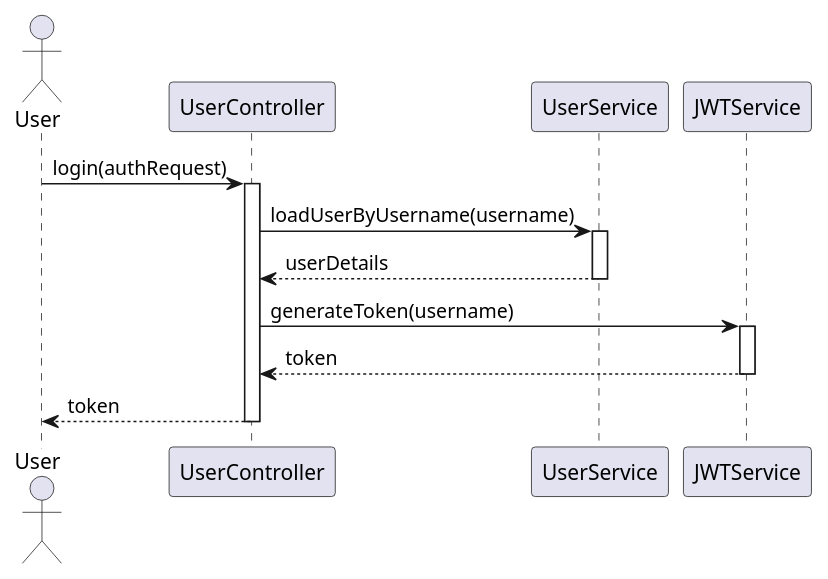
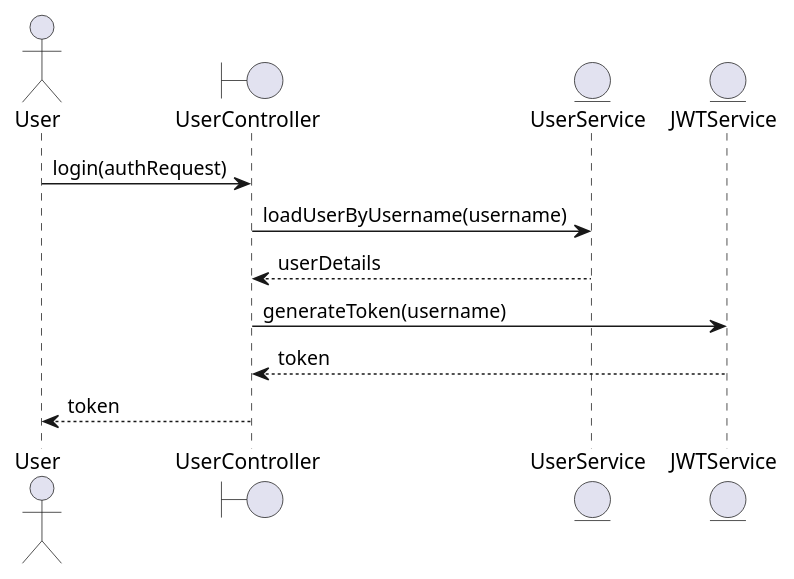
The second of 4 diagrams in identityprovider/documentation/detaileddesign.adoc (Dinesh-s95/AutoDoc.ai), drawn with PlantUML before and after one commit. The commit also changed other lines of this file and 18 other files, not shown here.

```diff
--- a/identityprovider/documentation/detaileddesign.adoc
+++ b/identityprovider/documentation/detaileddesign.adoc
@@ -228,27 +164,16 @@
-[plantuml, authentication-flow, png]
+[plantuml, authentication-sequence, png]
 ----
 @startuml
 actor User
-participant UserController
-participant UserService
-participant JWTService
+boundary UserController
+entity UserService
+entity JWTService
 
 User -> UserController : login(authRequest)
-activate UserController
-
 UserController -> UserService : loadUserByUsername(username)
-activate UserService
-
 UserService --> UserController : userDetails
-deactivate UserService
-
 UserController -> JWTService : generateToken(username)
-activate JWTService
-
 JWTService --> UserController : token
-deactivate JWTService
-
 UserController --> User : token
-deactivate UserController
 @enduml
 ----
```
